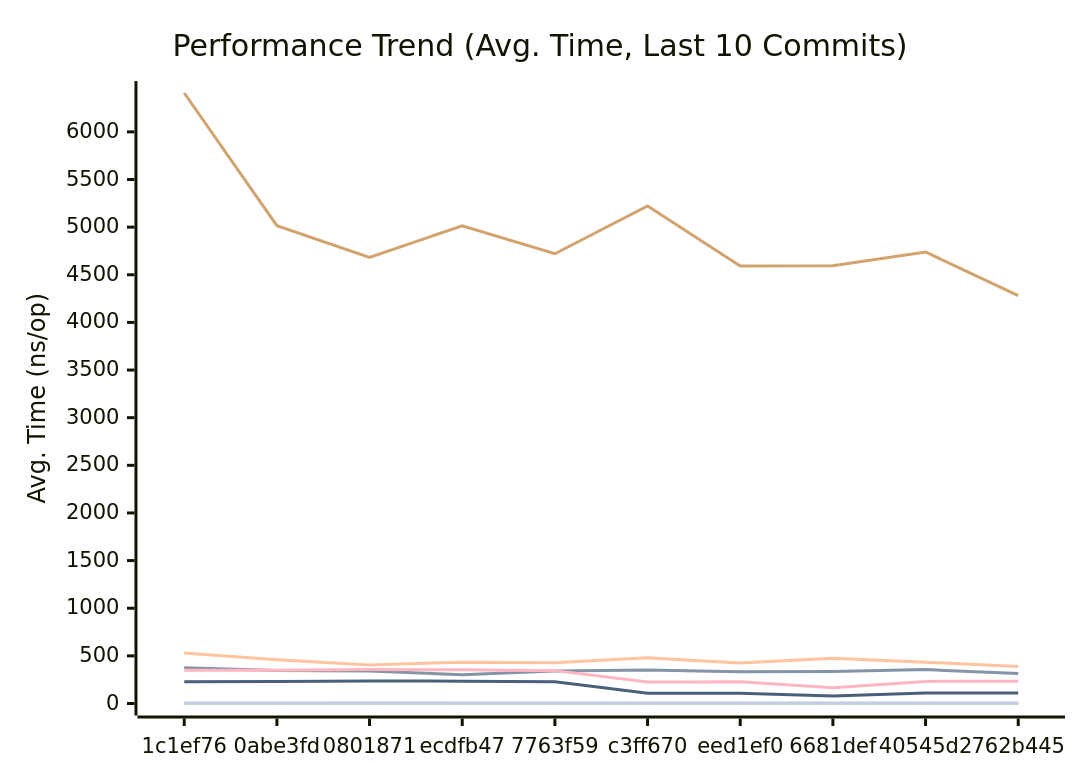
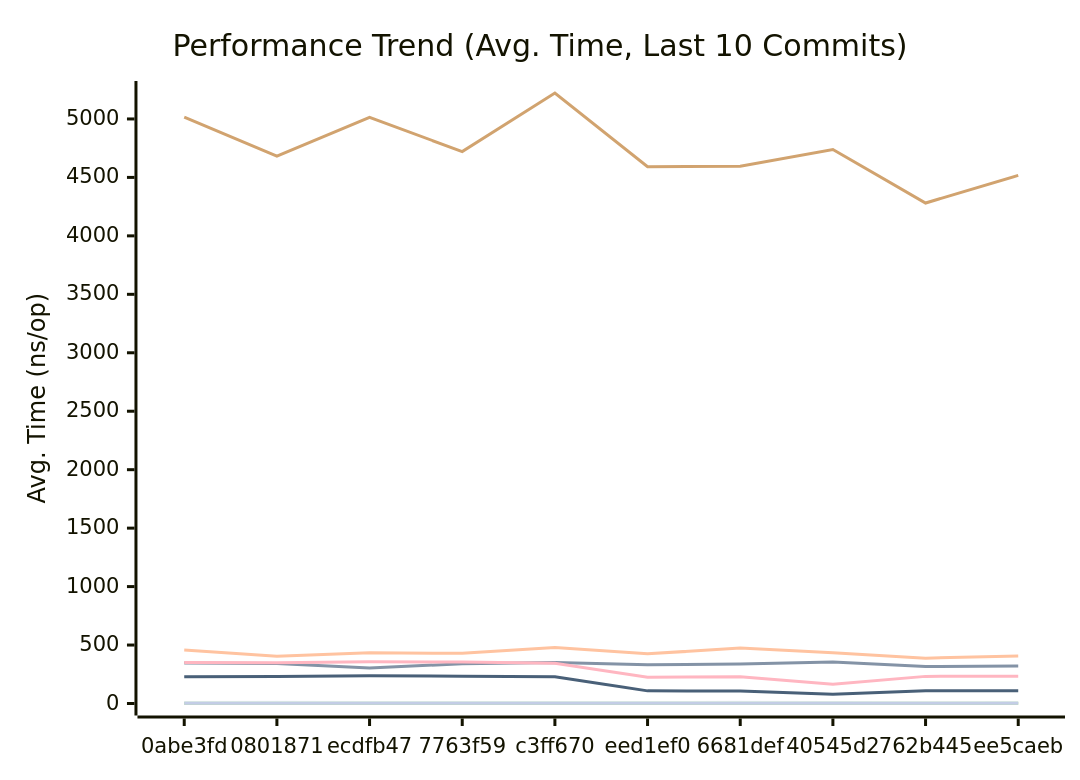
The first of 3 diagrams in docs/PERFORMANCE.md (alsotoes/momo), drawn with Mermaid before and after one commit. The commit also changed other lines of this file and 1 other file, not shown here.

````diff
--- a/docs/PERFORMANCE.md
+++ b/docs/PERFORMANCE.md
@@ -80,16 +80,16 @@
 ```mermaid
 xychart-beta
     title "Performance Trend (Avg. Time, Last 10 Commits)"
     x-axis "Commit"
     y-axis "Avg. Time (ns/op)"
-    x-axis [1c1ef76,0abe3fd,0801871,ecdfb47,7763f59,c3ff670,eed1ef0,6681def,40545d2,762b445]
-    line "CheckMetricsAndSwap" [8,8,11,9,9,8,9,10,9,7]
-    line "CrushOptimized" [376,346,342,303,340,351,332,337,356,316]
-    line "CrushOriginal" [531,458,405,434,429,480,425,474,434,388]
-    line "IndexDirectTracking" [0,0,1,0,0,0,0,0,0,0]
+    x-axis [0abe3fd,0801871,ecdfb47,7763f59,c3ff670,eed1ef0,6681def,40545d2,762b445,ee5caeb]
+    line "CheckMetricsAndSwap" [8,11,9,9,8,9,10,9,7,8]
+    line "CrushOptimized" [346,342,303,340,351,332,337,356,316,320]
+    line "CrushOriginal" [458,405,434,429,480,425,474,434,388,406]
+    line "IndexDirectTracking" [0,1,0,0,0,0,0,0,0,0]
     line "IndexSearch" [2,2,2,2,2,2,2,2,2,2]
-    line "LoadGlobalConfig" [6408,5015,4683,5014,4721,5222,4592,4595,4739,4281]
+    line "LoadGlobalConfig" [5015,4683,5014,4721,5222,4592,4595,4739,4281,4517]
     line "PadString" [2,2,2,2,2,2,2,2,2,2]
     line "ParseReplicationOrder_NoPrealloc" [350,349,357,354,345,225,229,165,232,234]
     line "ParseReplicationOrder_Prealloc" [229,231,237,234,229,108,107,80,110,109]
 ```
````
